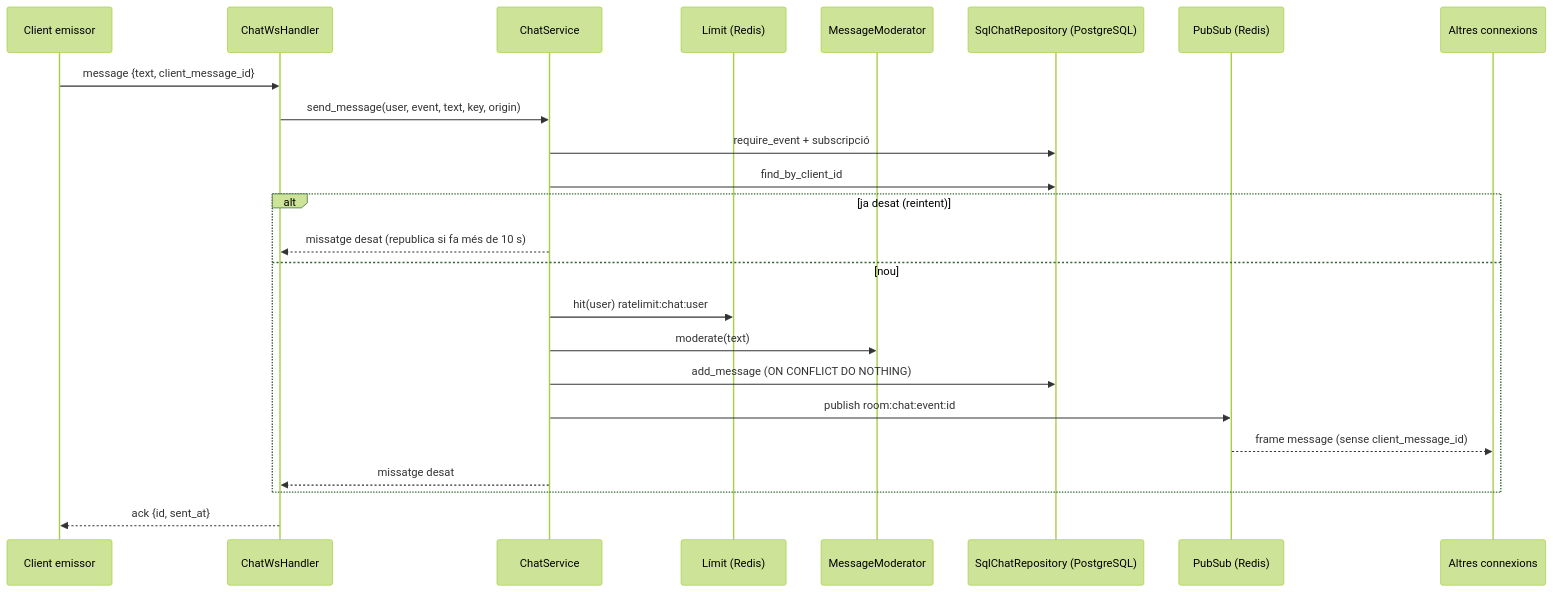
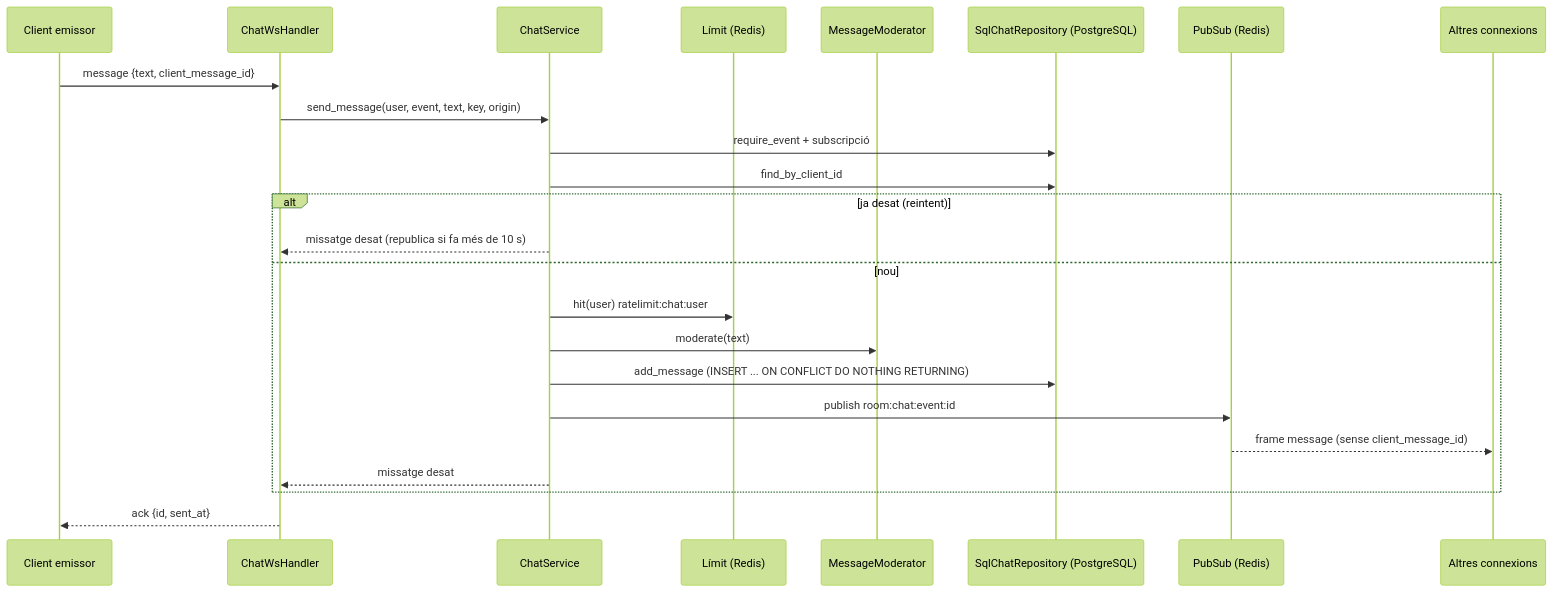
One commit to pes2627q1-21-gei-upc/perseida changed the diagram in obsidian_vault/arquitectura/components/chat.md. Above: the diagram before and after it, drawn with Mermaid (forest theme). The commit also changed other lines of this file and 3 other files, not shown here.

````diff
--- a/obsidian_vault/arquitectura/components/chat.md
+++ b/obsidian_vault/arquitectura/components/chat.md
@@ -56,27 +56,27 @@
 ```mermaid
 sequenceDiagram
     participant C as Client emissor
     participant H as ChatWsHandler
     participant S as ChatService
     participant L as Límit (Redis)
     participant M as MessageModerator
     participant R as SqlChatRepository (PostgreSQL)
     participant P as PubSub (Redis)
     participant O as Altres connexions
 
     C->>H: message {text, client_message_id}
     H->>S: send_message(user, event, text, key, origin)
     S->>R: require_event + subscripció
     S->>R: find_by_client_id
     alt ja desat (reintent)
         S-->>H: missatge desat (republica si fa més de 10 s)
     else nou
         S->>L: hit(user) ratelimit:chat:user
         S->>M: moderate(text)
-        S->>R: add_message (ON CONFLICT DO NOTHING)
+        S->>R: add_message (INSERT ... ON CONFLICT DO NOTHING RETURNING)
         S->>P: publish room:chat:event:id
         P-->>O: frame message (sense client_message_id)
         S-->>H: missatge desat
     end
     H-->>C: ack {id, sent_at}
 ```
````
